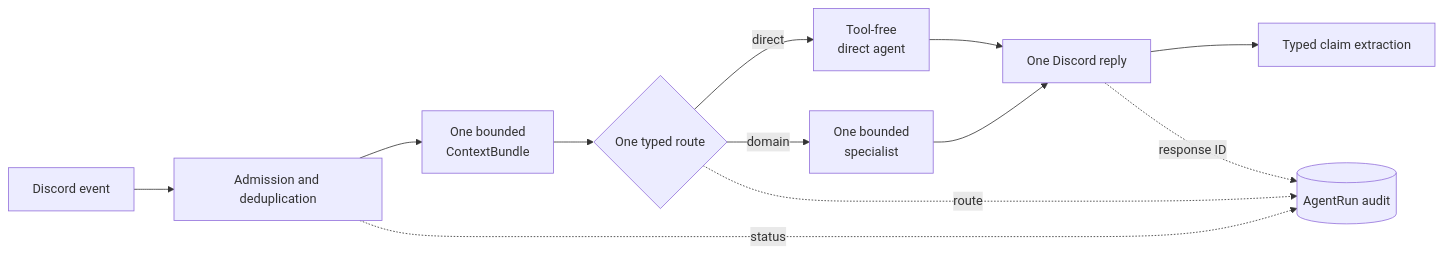
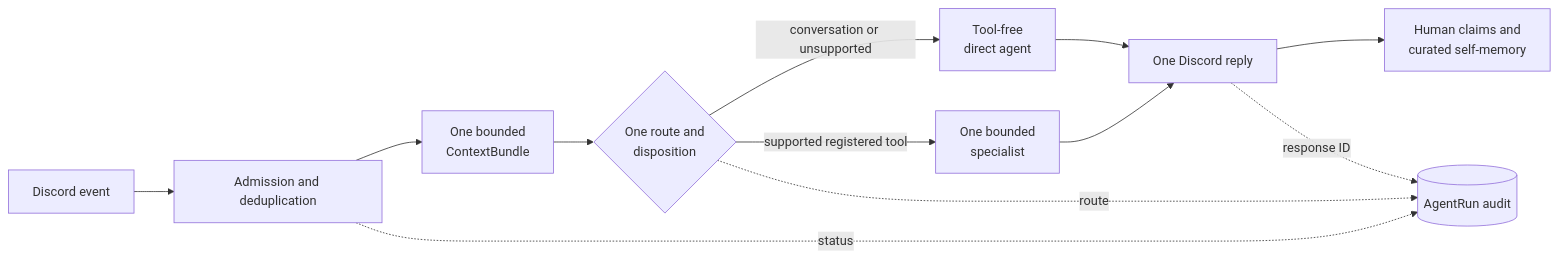
Before and after one commit to shepherdjerred/monorepo: the diagram in packages/docs/wiki/src/content/docs/explanation/birmel.md, drawn with Mermaid. The commit also changed other lines of this file and 45 other files, not shown here.

````diff
--- a/packages/docs/wiki/src/content/docs/explanation/birmel.md
+++ b/packages/docs/wiki/src/content/docs/explanation/birmel.md
@@ -15,17 +17,17 @@
 ```mermaid
 flowchart LR
   accTitle: Birmel turn lifecycle
-  accDescr: An admitted and deduplicated Discord event receives one bounded context bundle, takes exactly one typed route to either direct conversation or one specialist, produces one Discord reply, and then extracts typed memory claims from raw Discord messages. An AgentRun record audits the lifecycle without storing prompt contents.
+  accDescr: An admitted and deduplicated Discord event receives one bounded context bundle, takes exactly one capability-grounded route to either direct conversation or one specialist, produces one Discord reply, and then extracts human claims and curated self-memory. An AgentRun record audits the lifecycle without storing prompt contents.
 
   D[Discord event] --> A[Admission and deduplication]
   A --> C[One bounded<br/>ContextBundle]
-  C --> R{One typed route}
-  R -->|direct| X[Tool-free<br/>direct agent]
-  R -->|domain| S[One bounded<br/>specialist]
+  C --> R{One route and<br/>disposition}
+  R -->|conversation or unsupported| X[Tool-free<br/>direct agent]
+  R -->|supported registered tool| S[One bounded<br/>specialist]
   X --> O[One Discord reply]
   S --> O
-  O --> M[Typed claim extraction]
+  O --> M[Human claims and<br/>curated self-memory]
   A -. status .-> U[(AgentRun audit)]
   R -. route .-> U
   O -. response ID .-> U
 ```
````
